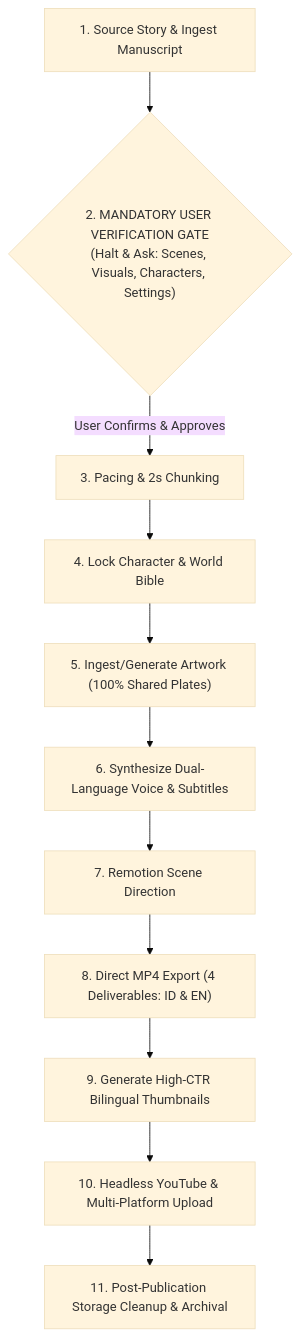
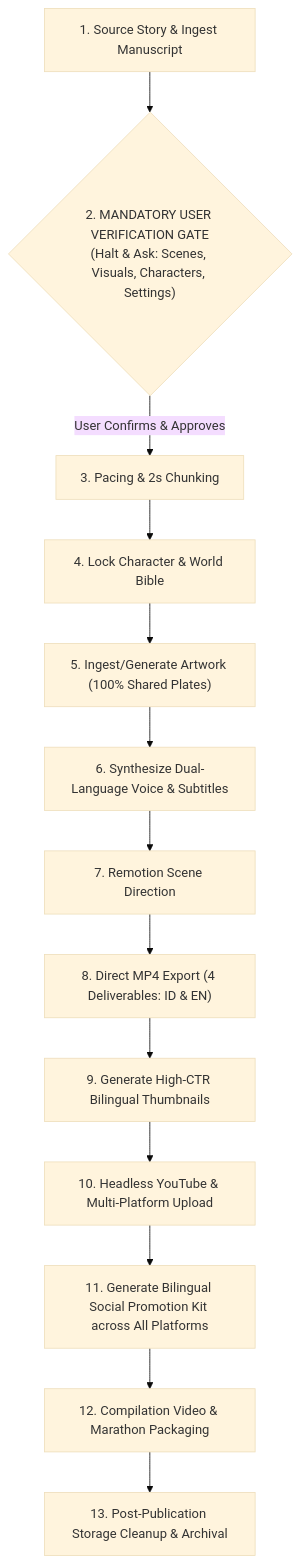
One commit to ramustha/storybook-video-generator changed the diagram in skills/storybook-video-generator/SKILL.md. Above: the diagram before and after it, drawn with Mermaid (base theme). The commit also changed other lines of this file and 4 other files, not shown here.

Commit message:
feat(promo): implement bilingual social promotion engine and audience growth playbook (#12)

````diff
--- a/skills/storybook-video-generator/SKILL.md
+++ b/skills/storybook-video-generator/SKILL.md
@@ -49,13 +50,15 @@
 ```mermaid
 flowchart TD
     S1["1. Source Story & Ingest Manuscript"] --> S2{"2. MANDATORY USER VERIFICATION GATE<br/>(Halt & Ask: Scenes, Visuals, Characters, Settings)"}
     S2 -- "User Confirms & Approves" --> S3["3. Pacing & 2s Chunking"]
     S3 --> S4["4. Lock Character & World Bible"]
     S4 --> S5["5. Ingest/Generate Artwork (100% Shared Plates)"]
     S5 --> S6["6. Synthesize Dual-Language Voice & Subtitles"]
     S6 --> S7["7. Remotion Scene Direction"]
     S7 --> S8["8. Direct MP4 Export (4 Deliverables: ID & EN)"]
     S8 --> S9["9. Generate High-CTR Bilingual Thumbnails"]
     S9 --> S10["10. Headless YouTube & Multi-Platform Upload"]
-    S10 --> S11["11. Post-Publication Storage Cleanup & Archival"]
+    S10 --> S11["11. Generate Bilingual Social Promotion Kit across All Platforms"]
+    S11 --> S12["12. Compilation Video & Marathon Packaging"]
+    S12 --> S13["13. Post-Publication Storage Cleanup & Archival"]
 ```
````
